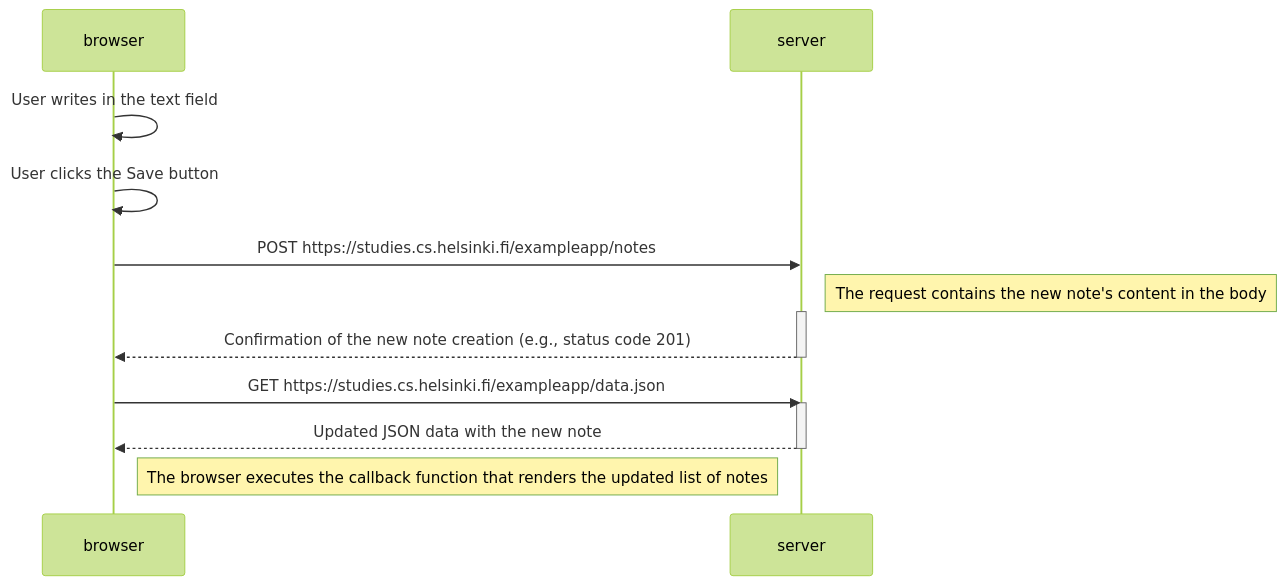
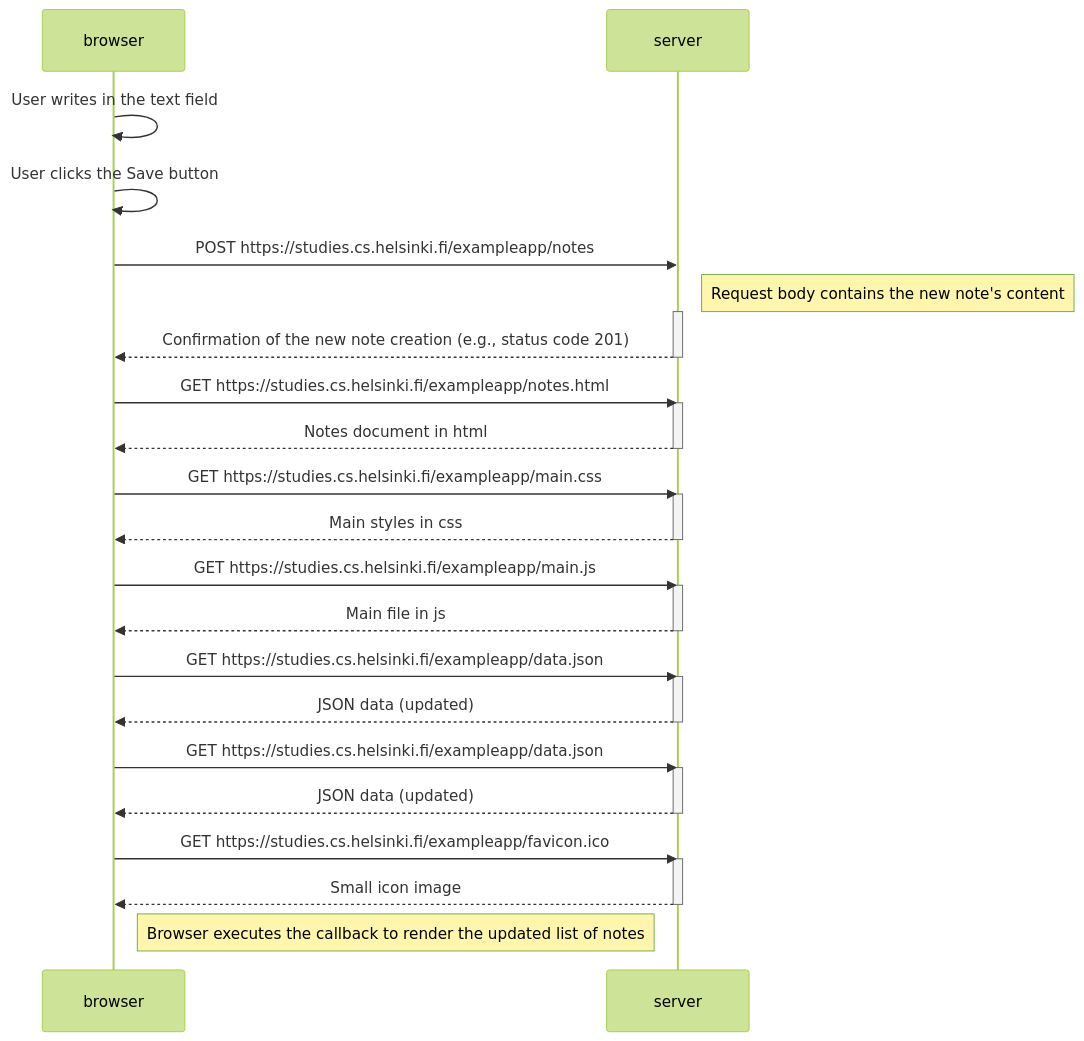
The diagram in PART_0/04NewNoteDiagram.mmd (Juzoth/Test_Kurs), drawn with Mermaid (forest theme) before and after one commit.

Commit message:
Poprawiono plik z zadaniem 04 part 1

```diff
--- a/PART_0/04NewNoteDiagram.mmd
+++ b/PART_0/04NewNoteDiagram.mmd
@@ -1,20 +1,45 @@
 sequenceDiagram
     participant browser
     participant server
 
     browser->>browser: User writes in the text field
     browser->>browser: User clicks the Save button
 
     browser->>server: POST https://studies.cs.helsinki.fi/exampleapp/notes
-    Note right of server: The request contains the new note's content in the body
+    Note right of server: Request body contains the new note's content
 
     activate server
     server-->>browser: Confirmation of the new note creation (e.g., status code 201)
     deactivate server
 
+    browser->>server: GET https://studies.cs.helsinki.fi/exampleapp/notes.html
+    activate server
+    server-->>browser: Notes document in html
+    deactivate server
+
+    browser->>server: GET https://studies.cs.helsinki.fi/exampleapp/main.css
+    activate server
+    server-->>browser: Main styles in css
+    deactivate server
+
+    browser->>server: GET https://studies.cs.helsinki.fi/exampleapp/main.js
+    activate server
+    server-->>browser: Main file in js
+    deactivate server
+
     browser->>server: GET https://studies.cs.helsinki.fi/exampleapp/data.json
     activate server
-    server-->>browser: Updated JSON data with the new note
+    server-->>browser: JSON data (updated)
     deactivate server
 
-    Note right of browser: The browser executes the callback function that renders the updated list of notes
+    browser->>server: GET https://studies.cs.helsinki.fi/exampleapp/data.json
+    activate server
+    server-->>browser: JSON data (updated)
+    deactivate server
+
+    browser->>server: GET https://studies.cs.helsinki.fi/exampleapp/favicon.ico
+    activate server
+    server-->>browser: Small icon image
+    deactivate server
+
+    Note right of browser: Browser executes the callback to render the updated list of notes
```
